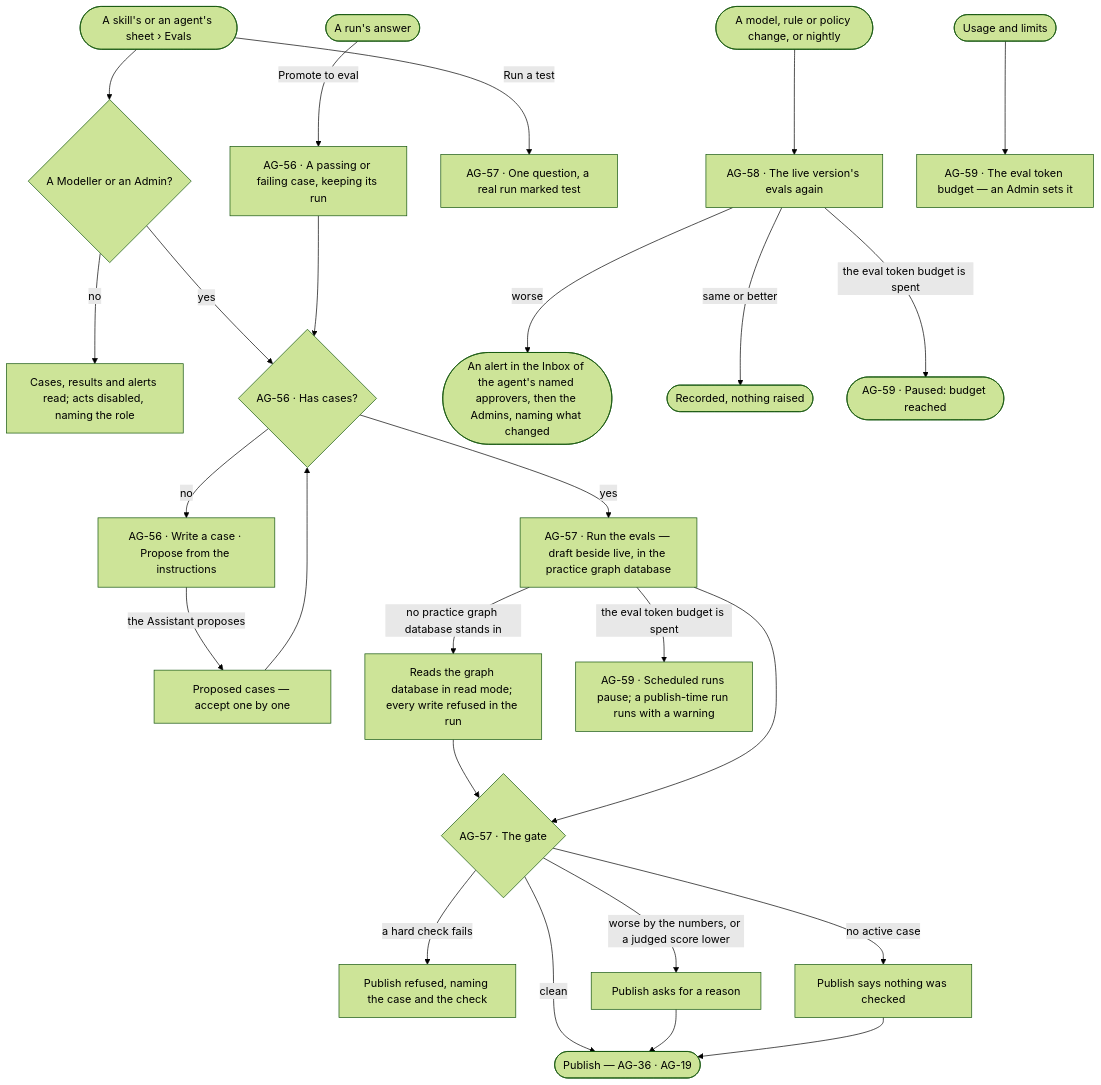
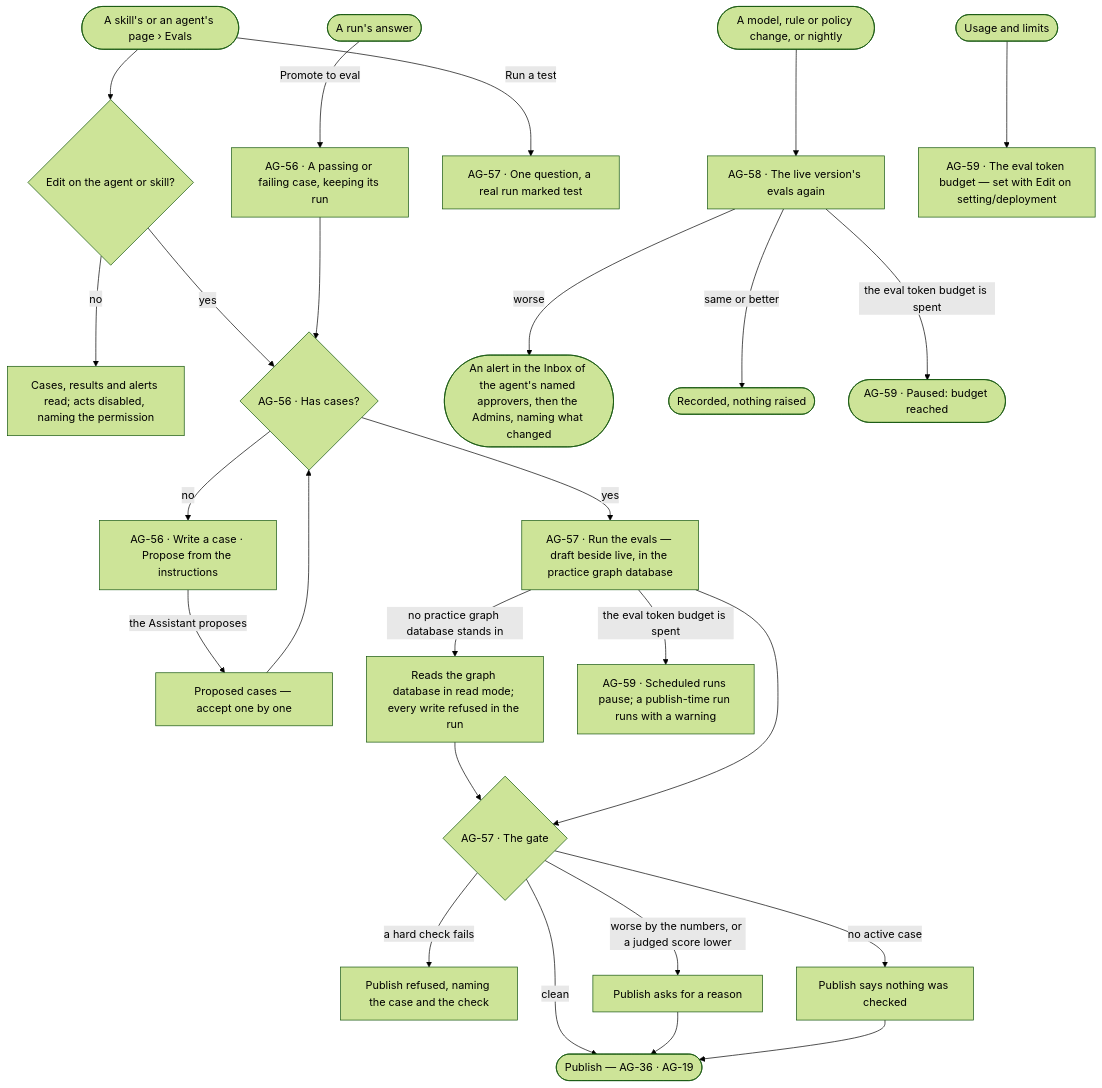
Before and after one commit to invana/invana: the first of 2 diagrams in specs/capabilities/agents/features/AG-F10-test-an-agent-and-a-skill/feature.md, drawn with Mermaid (forest theme). The commit also changed other lines of this file and 456 other files, not shown here.

````diff
--- a/specs/capabilities/agents/features/AG-F10-test-an-agent-and-a-skill/feature.md
+++ b/specs/capabilities/agents/features/AG-F10-test-an-agent-and-a-skill/feature.md
@@ -26,28 +26,28 @@
 ```mermaid
 flowchart TD
-  start([A skill's or an agent's sheet › Evals]) --> may{"A Modeller or an Admin?"}
-  may -->|no| ro["Cases, results and alerts read; acts disabled, naming the role"]
+  start([A skill's or an agent's page › Evals]) --> may{"Edit on the agent or skill?"}
+  may -->|no| ro["Cases, results and alerts read; acts disabled, naming the permission"]
   may -->|yes| set{"AG-56 · Has cases?"}
   set -->|no| pr["AG-56 · Write a case · Propose from the instructions"]
   pr -->|the Assistant proposes| pc["Proposed cases — accept one by one"]
   pc --> set
   run([A run's answer]) -->|Promote to eval| c["AG-56 · A passing or failing case, keeping its run"]
   c --> set
   set -->|yes| ev["AG-57 · Run the evals — draft beside live, in the practice graph database"]
   start -->|Run a test| t["AG-57 · One question, a real run marked test"]
   ev -->|no practice graph database stands in| rm["Reads the graph database in read mode; every write refused in the run"]
   rm --> gate
   ev --> gate{"AG-57 · The gate"}
   gate -->|a hard check fails| b["Publish refused, naming the case and the check"]
   gate -->|worse by the numbers, or a judged score lower| w["Publish asks for a reason"]
   gate -->|clean| p(["Publish — AG-36 · AG-19"])
   gate -->|no active case| nc["Publish says nothing was checked"]
   w --> p
   nc --> p
   d([A model, rule or policy change, or nightly]) --> dr["AG-58 · The live version's evals again"]
   dr -->|worse| al(["An alert in the Inbox of the agent's named approvers, then the Admins, naming what changed"])
   dr -->|same or better| ok(["Recorded, nothing raised"])
   ev -->|the eval token budget is spent| bz["AG-59 · Scheduled runs pause; a publish-time run runs with a warning"]
   dr -->|the eval token budget is spent| pz(["AG-59 · Paused: budget reached"])
-  adm([Usage and limits]) --> bud["AG-59 · The eval token budget — an Admin sets it"]
+  adm([Usage and limits]) --> bud["AG-59 · The eval token budget — set with Edit on setting/deployment"]
 ```
````
